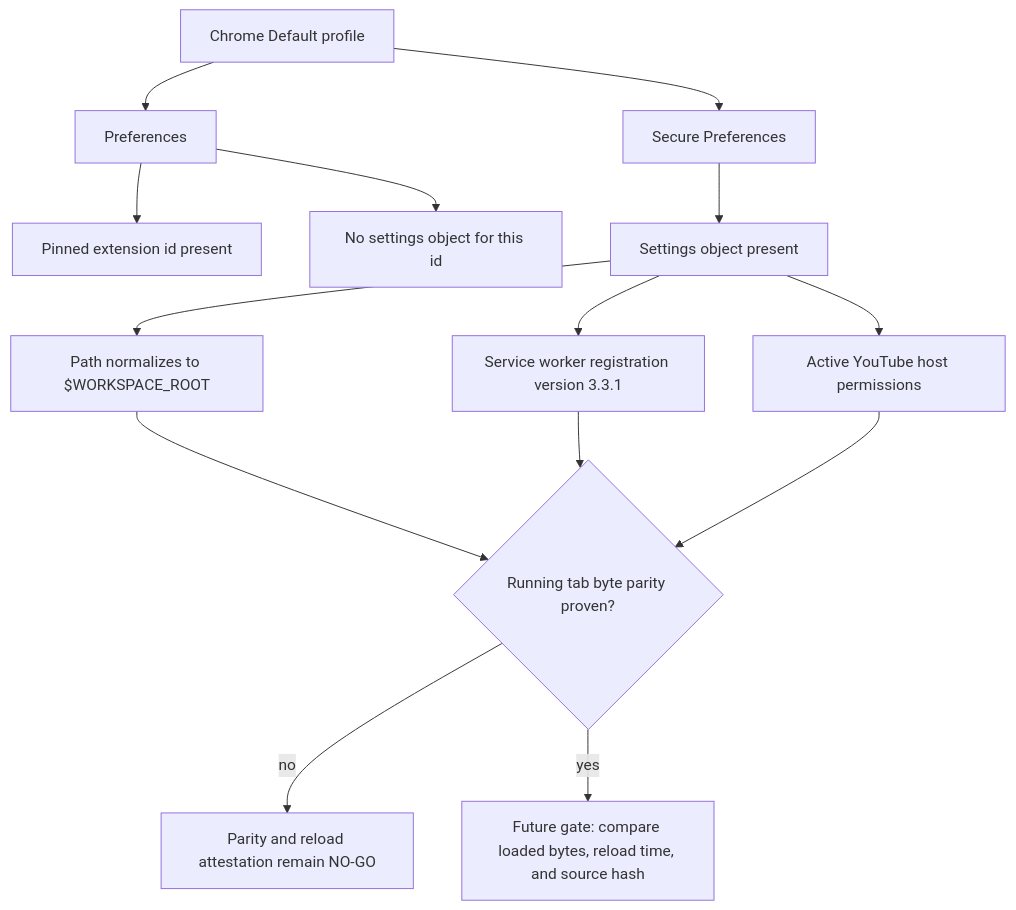
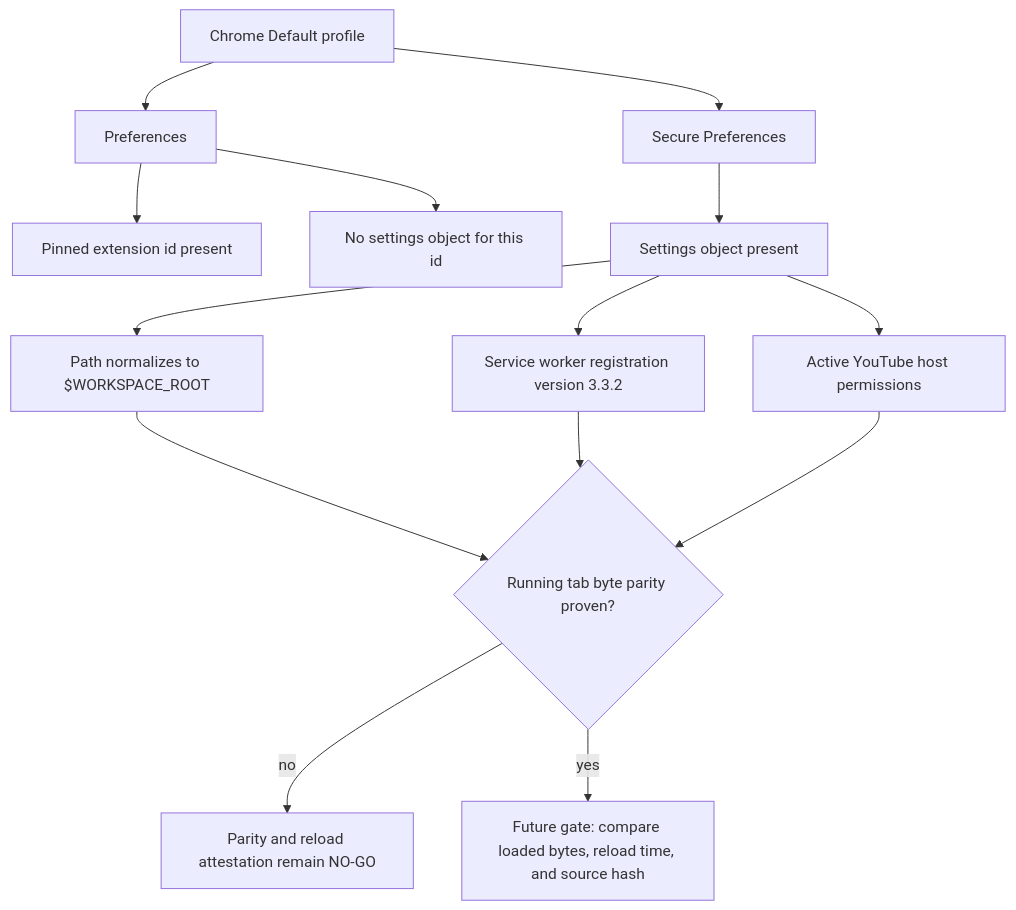
The second of 9 diagrams in docs/audit/FILTERTUBE_P0_RELEASE_PACKAGE_CURRENT_BEHAVIOR_2026-05-19.md (varshneydevansh/FilterTube), drawn with Mermaid before and after one commit. The commit also changed other lines of this file and 698 other files, not shown here.

````diff
--- a/docs/audit/FILTERTUBE_P0_RELEASE_PACKAGE_CURRENT_BEHAVIOR_2026-05-19.md
+++ b/docs/audit/FILTERTUBE_P0_RELEASE_PACKAGE_CURRENT_BEHAVIOR_2026-05-19.md
@@ -160,16 +160,16 @@
 ```mermaid
 flowchart TD
   A["Chrome Default profile"] --> B["Preferences"]
   A --> C["Secure Preferences"]
   B --> D["Pinned extension id present"]
   B --> E["No settings object for this id"]
   C --> F["Settings object present"]
   F --> G["Path normalizes to $WORKSPACE_ROOT"]
-  F --> H["Service worker registration version 3.3.1"]
+  F --> H["Service worker registration version 3.3.2"]
   F --> I["Active YouTube host permissions"]
   G --> J{"Running tab byte parity proven?"}
   H --> J
   I --> J
   J -->|"no"| K["Parity and reload attestation remain NO-GO"]
   J -->|"yes"| L["Future gate: compare loaded bytes, reload time, and source hash"]
 ```
````
